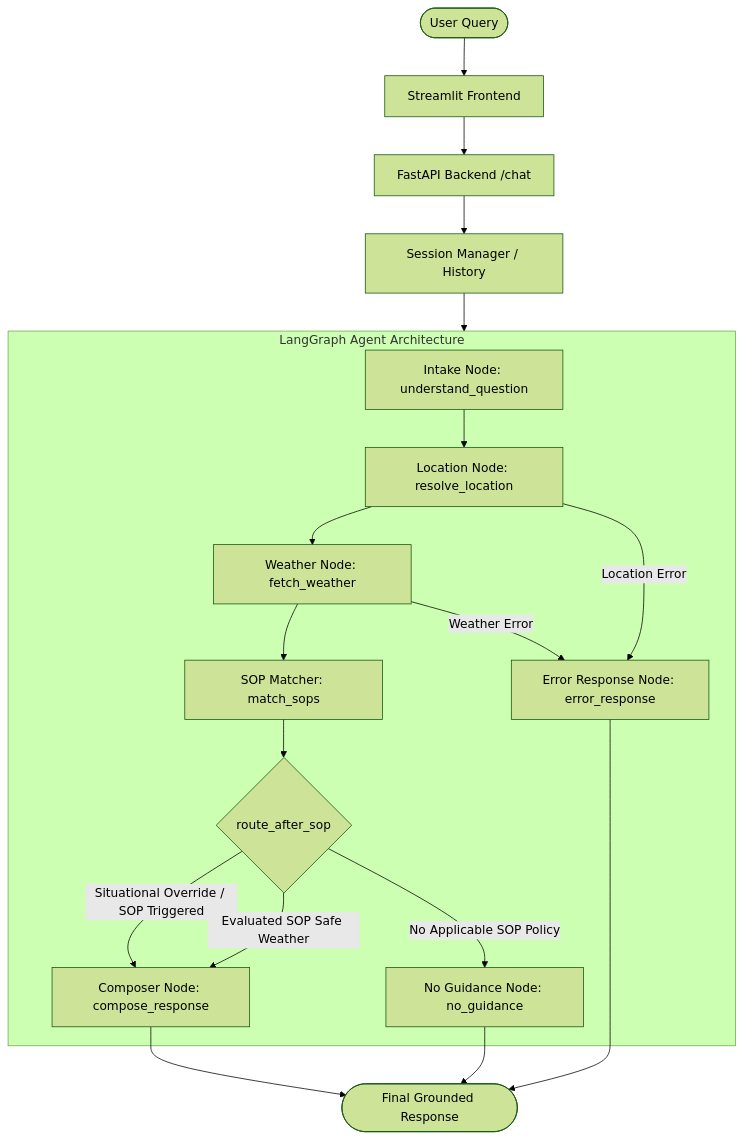
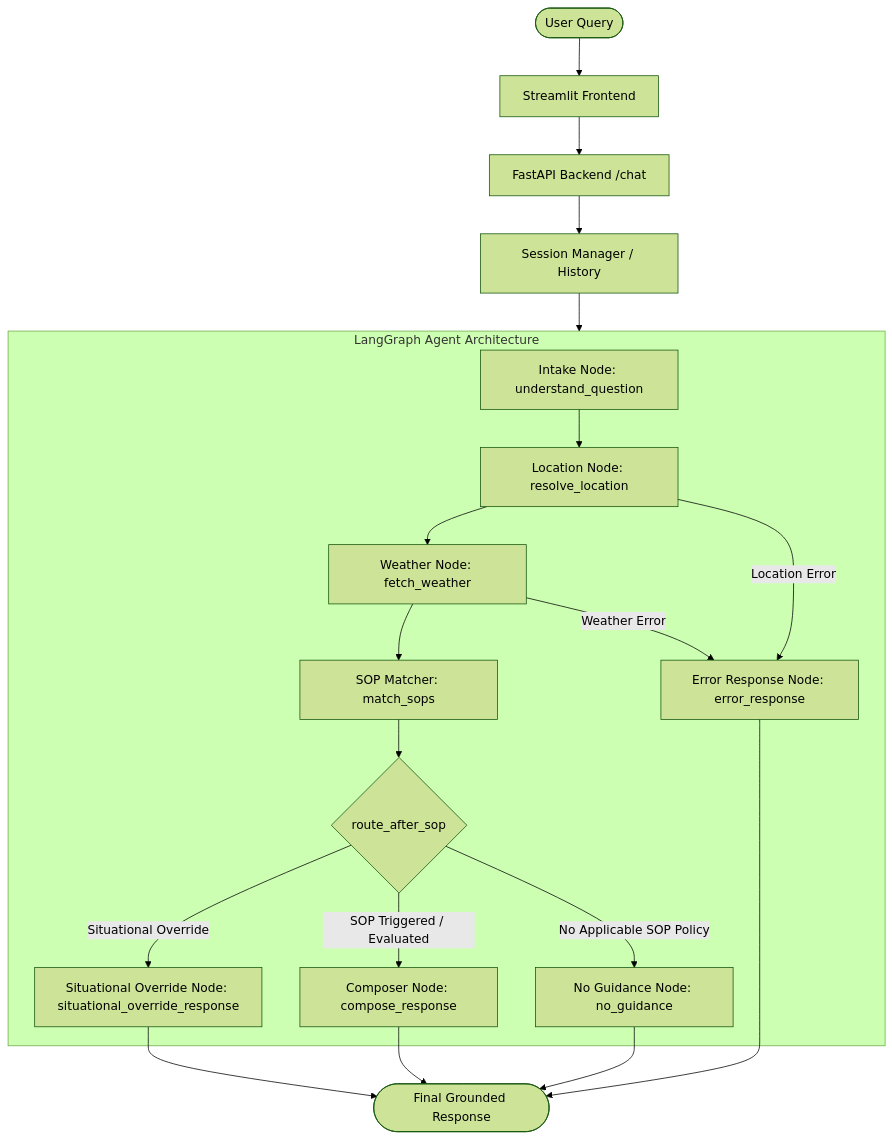
The diagram in README.md (Nithin-bot-m/Weather-Advisory-bot), drawn with Mermaid (forest theme) before and after one commit. The commit also changed other lines of this file and 6 other files, not shown here.

Commit message:
feat(graph): add situational_override graph branch and update SOP-015 hot-add demo

````diff
--- a/README.md
+++ b/README.md
@@ -37,25 +37,26 @@
 ```mermaid
 graph TD
     User([User Query]) --> Streamlit[Streamlit Frontend]
     Streamlit --> FastAPI[FastAPI Backend /chat]
     FastAPI --> SessionMgr[Session Manager / History]
     SessionMgr --> LangGraph[LangGraph StateGraph Agent]
     
     subgraph LangGraph ["LangGraph Agent Architecture"]
         Intake[Intake Node: understand_question] --> GeoNode[Location Node: resolve_location]
         GeoNode --> WeatherNode[Weather Node: fetch_weather]
         WeatherNode --> SOPNode[SOP Matcher: match_sops]
         SOPNode --> Router{route_after_sop}
         
-        Router -- Situational Override / SOP Triggered --> Compose[Composer Node: compose_response]
-        Router -- Evaluated SOP Safe Weather --> Compose
+        Router -- Situational Override --> SitNode[Situational Override Node: situational_override_response]
+        Router -- SOP Triggered / Evaluated --> Compose[Composer Node: compose_response]
         Router -- No Applicable SOP Policy --> NoGuidance[No Guidance Node: no_guidance]
         
         GeoNode -- Location Error --> ErrorNode[Error Response Node: error_response]
         WeatherNode -- Weather Error --> ErrorNode
     end
     
-    Compose --> Output([Final Grounded Response])
+    SitNode --> Output([Final Grounded Response])
+    Compose --> Output
     NoGuidance --> Output
     ErrorNode --> Output
 ```
````
